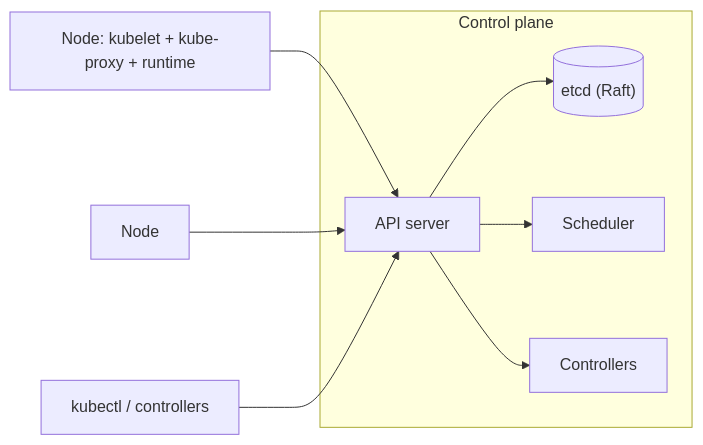
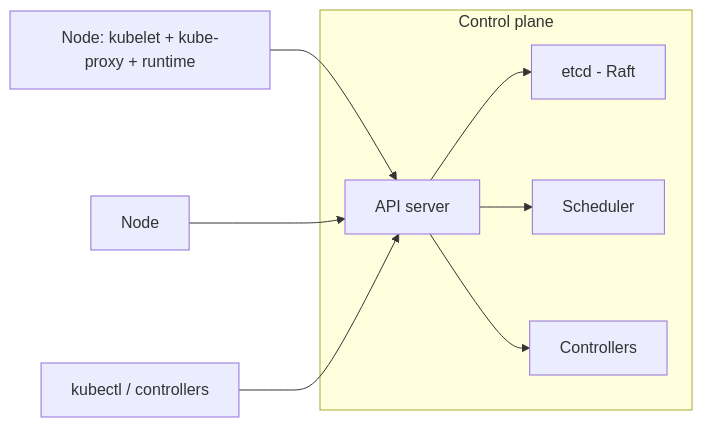
The diagram in docs/09-cloud-platform/01-k8s-architecture.md (RIT-MESH/system-design-mastery), drawn with Mermaid before and after one commit. The commit also changed 139 other files, not shown here.

First line of the commit message:
Fix Mermaid parse errors: replace parentheses in node labels across 140 files

````diff
--- a/docs/09-cloud-platform/01-k8s-architecture.md
+++ b/docs/09-cloud-platform/01-k8s-architecture.md
@@ -18,12 +18,12 @@
 ```mermaid
 %% created-for: system-design-mastery
 flowchart LR
   subgraph CP["Control plane"]
-    API["API server"] --> Etcd[("etcd (Raft)")]
+    API["API server"] --> Etcd["etcd - Raft"]
     API --> Sched["Scheduler"]
     API --> Ctrl["Controllers"]
   end
   Node1["Node: kubelet + kube-proxy + runtime"] --> API
   Node2["Node"] --> API
   User["kubectl / controllers"] --> API
 ```
````
